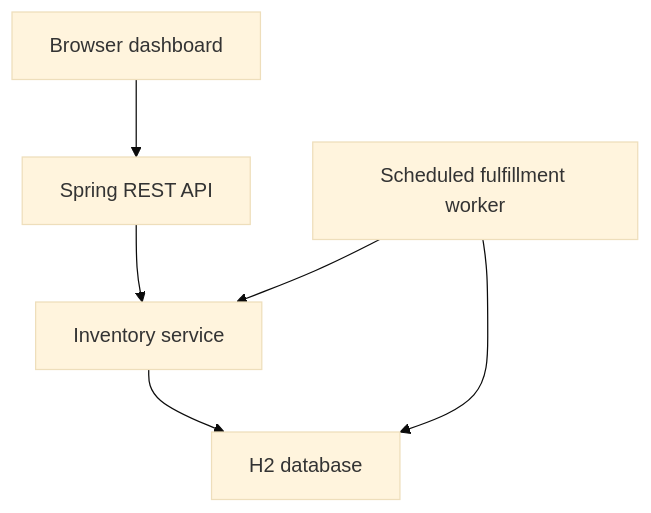
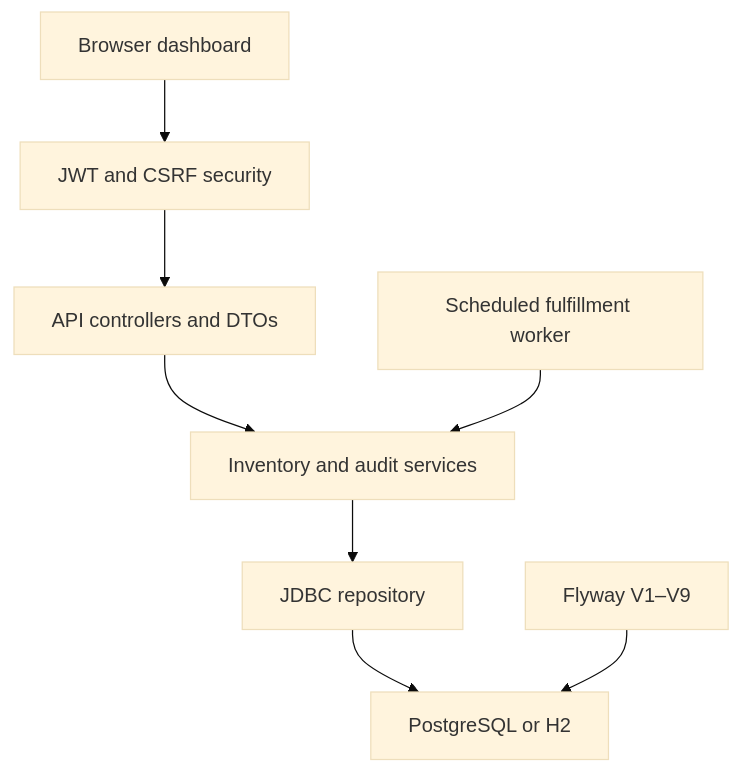
Before and after one commit to raginikalra21/Stockline-: the diagram in README.md, drawn with Mermaid (base theme). The commit also changed other lines of this file and 169 other files, not shown here.

````diff
--- a/README.md
+++ b/README.md
@@ -62,8 +104,10 @@
 ```mermaid
 flowchart TD
-    UI["Browser dashboard"] --> API["Spring REST API"]
-    API --> Service["Inventory service"]
-    Service --> DB["H2 database"]
-    Worker["Scheduled fulfillment worker"] --> DB
-    Worker --> Service
+    UI["Browser dashboard"] --> Security["JWT and CSRF security"]
+    Security --> API["API controllers and DTOs"]
+    API --> Service["Inventory and audit services"]
+    Service --> Store["JDBC repository"]
+    Store --> DB["PostgreSQL or H2"]
+    Worker["Scheduled fulfillment worker"] --> Service
+    Migrations["Flyway V1–V9"] --> DB
 ```
````
